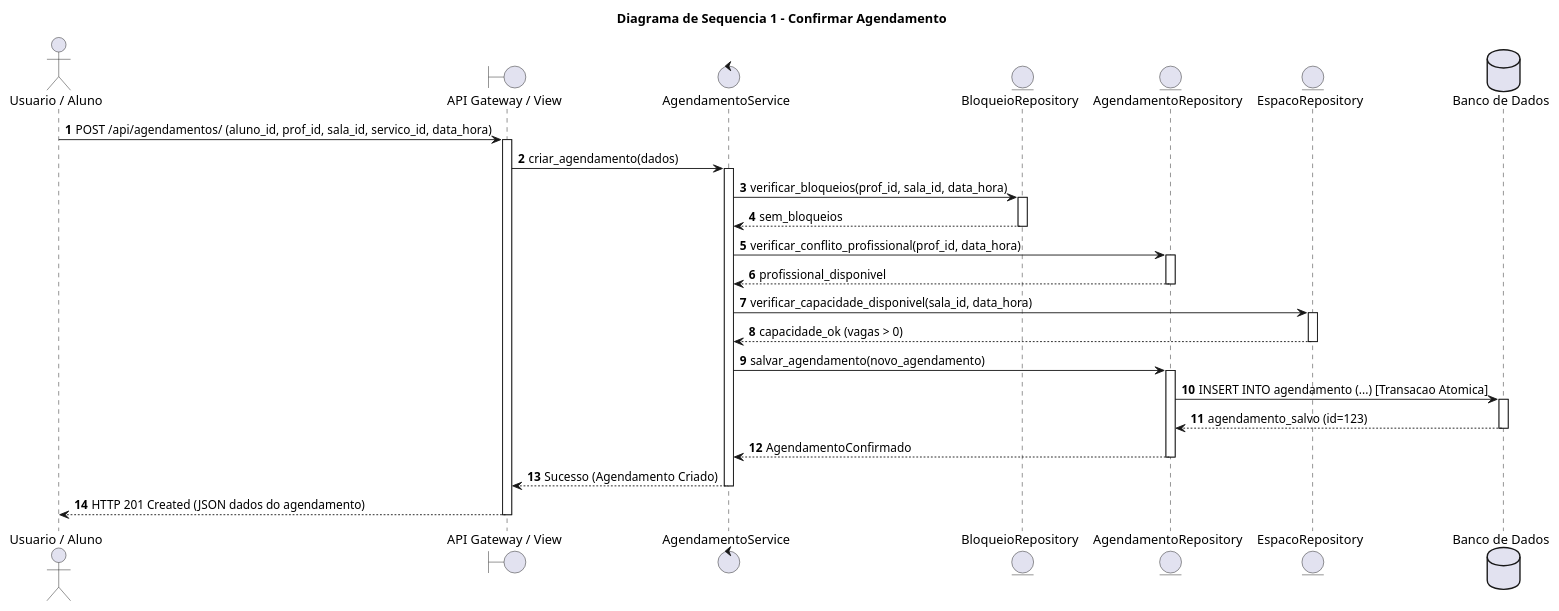
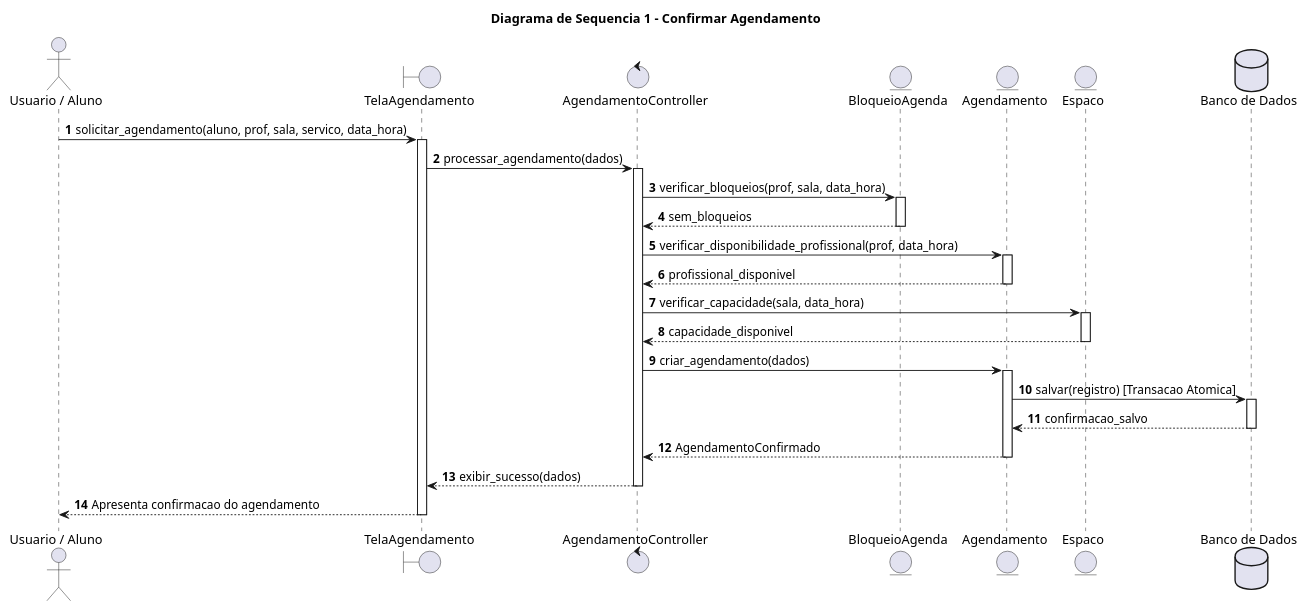
The first of 2 diagrams in docs/Elaboracao/diagrama_de_sequencia.md (Projetos-de-Extensao/PBE_26.2_8002_III), drawn with PlantUML before and after one commit. The commit also changed other lines of this file and 19 other files, not shown here.

Commit message:
docs: remove referencias a API REST e alinha diagramas com padrao BCE

````diff
--- a/docs/Elaboracao/diagrama_de_sequencia.md
+++ b/docs/Elaboracao/diagrama_de_sequencia.md
@@ -90,49 +90,49 @@
 ```plantuml
 @startuml
 title Diagrama de Sequencia 1 - Confirmar Agendamento
 autonumber
 actor "Usuario / Aluno" as User
-boundary "API Gateway / View" as API
-control "AgendamentoService" as Service
-entity "BloqueioRepository" as BlockRepo
-entity "AgendamentoRepository" as SchedRepo
-entity "EspacoRepository" as RoomRepo
+boundary "TelaAgendamento" as View
+control "AgendamentoController" as Ctrl
+entity "BloqueioAgenda" as Block
+entity "Agendamento" as Sched
+entity "Espaco" as Room
 database "Banco de Dados" as DB
 
-User -> API : POST /api/agendamentos/ (aluno_id, prof_id, sala_id, servico_id, data_hora)
-activate API
+User -> View : solicitar_agendamento(aluno, prof, sala, servico, data_hora)
+activate View
 
-API -> Service : criar_agendamento(dados)
-activate Service
+View -> Ctrl : processar_agendamento(dados)
+activate Ctrl
 
-Service -> BlockRepo : verificar_bloqueios(prof_id, sala_id, data_hora)
-activate BlockRepo
-BlockRepo --> Service : sem_bloqueios
-deactivate BlockRepo
+Ctrl -> Block : verificar_bloqueios(prof, sala, data_hora)
+activate Block
+Block --> Ctrl : sem_bloqueios
+deactivate Block
 
-Service -> SchedRepo : verificar_conflito_profissional(prof_id, data_hora)
-activate SchedRepo
-SchedRepo --> Service : profissional_disponivel
-deactivate SchedRepo
+Ctrl -> Sched : verificar_disponibilidade_profissional(prof, data_hora)
+activate Sched
+Sched --> Ctrl : profissional_disponivel
+deactivate Sched
 
-Service -> RoomRepo : verificar_capacidade_disponivel(sala_id, data_hora)
-activate RoomRepo
-RoomRepo --> Service : capacidade_ok (vagas > 0)
-deactivate RoomRepo
+Ctrl -> Room : verificar_capacidade(sala, data_hora)
+activate Room
+Room --> Ctrl : capacidade_disponivel
+deactivate Room
 
-Service -> SchedRepo : salvar_agendamento(novo_agendamento)
-activate SchedRepo
-SchedRepo -> DB : INSERT INTO agendamento (...) [Transacao Atomica]
+Ctrl -> Sched : criar_agendamento(dados)
+activate Sched
+Sched -> DB : salvar(registro) [Transacao Atomica]
 activate DB
-DB --> SchedRepo : agendamento_salvo (id=123)
+DB --> Sched : confirmacao_salvo
 deactivate DB
-SchedRepo --> Service : AgendamentoConfirmado
-deactivate SchedRepo
+Sched --> Ctrl : AgendamentoConfirmado
+deactivate Sched
 
-Service --> API : Sucesso (Agendamento Criado)
-deactivate Service
+Ctrl --> View : exibir_sucesso(dados)
+deactivate Ctrl
 
-API --> User : HTTP 201 Created (JSON dados do agendamento)
-deactivate API
+View --> User : Apresenta confirmacao do agendamento
+deactivate View
 @enduml
 ```
````
